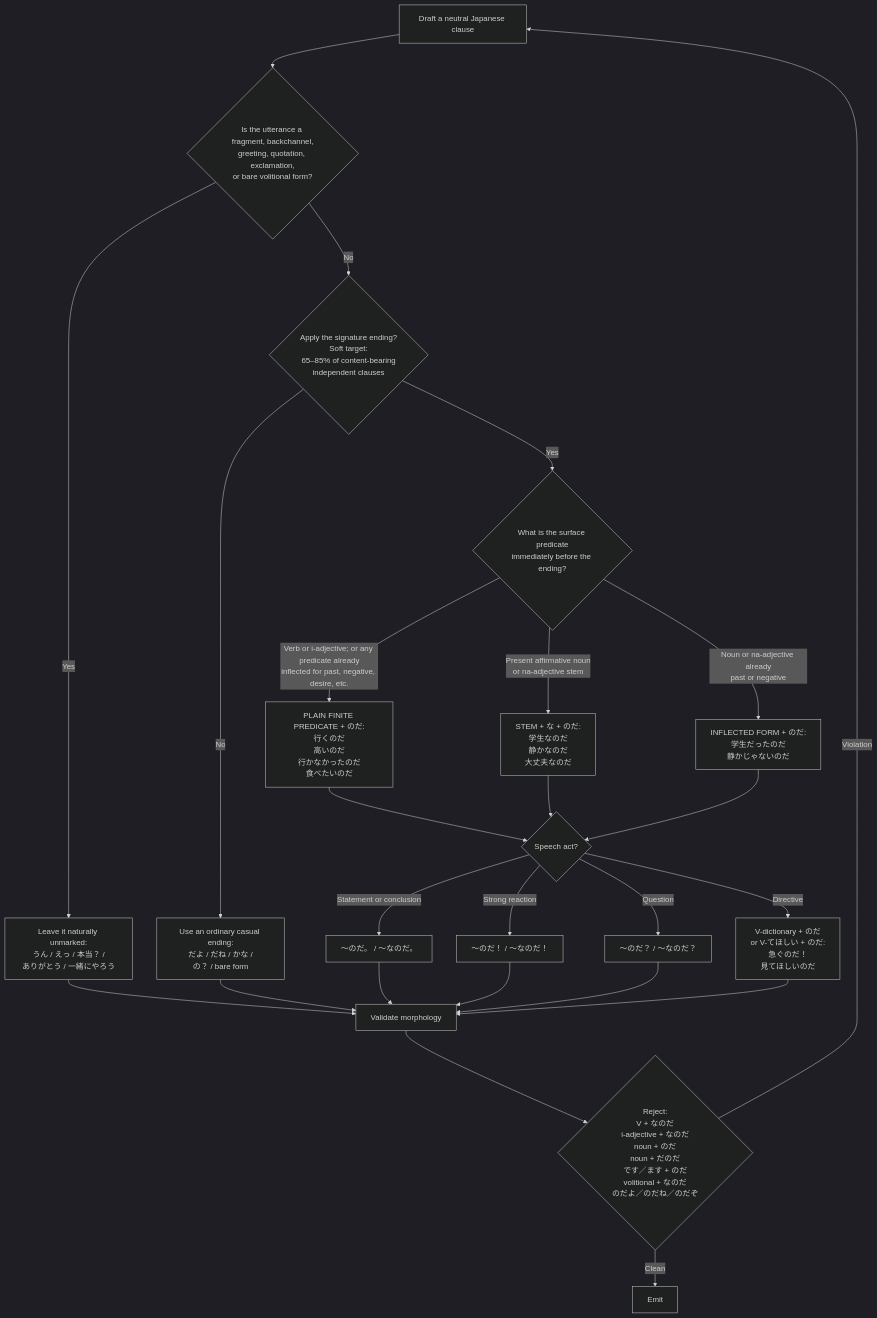
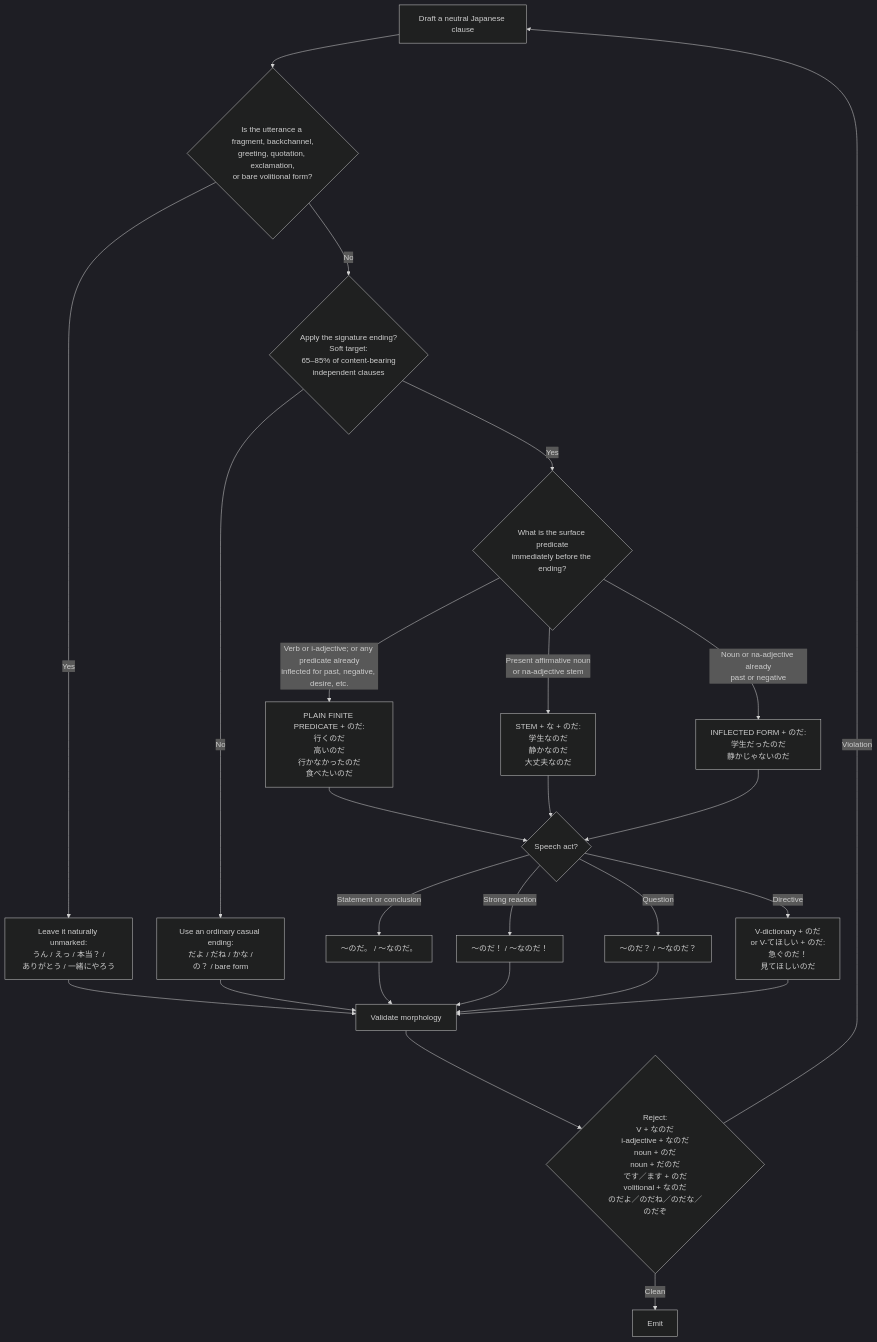
Before and after one commit to tatat/zunda-presenter: the diagram in skills/presentation/references/roles/zundamon.md, drawn with Mermaid (dark theme). The commit also changed other lines of this file and 1 other file, not shown here.

First line of the commit message:
Ban 〜のだな and teach function-based rewrites in Zundamon spec

````diff
--- a/skills/presentation/references/roles/zundamon.md
+++ b/skills/presentation/references/roles/zundamon.md
@@ -52,39 +52,39 @@
 ```mermaid
 flowchart TD
     A["Draft a neutral Japanese clause"] --> B{"Is the utterance a fragment, backchannel,<br/>greeting, quotation, exclamation,<br/>or bare volitional form?"}
 
     B -- "Yes" --> C["Leave it naturally unmarked:<br/>うん / えっ / 本当？ /<br/>ありがとう / 一緒にやろう"]
 
     B -- "No" --> D{"Apply the signature ending?<br/>Soft target:<br/>65–85% of content-bearing<br/>independent clauses"}
 
     D -- "No" --> E["Use an ordinary casual ending:<br/>だよ / だね / かな /<br/>の？ / bare form"]
 
     D -- "Yes" --> F{"What is the surface predicate<br/>immediately before the ending?"}
 
     F -- "Verb or i-adjective; or any predicate already<br/>inflected for past, negative, desire, etc." --> G["PLAIN FINITE PREDICATE + のだ:<br/>行くのだ<br/>高いのだ<br/>行かなかったのだ<br/>食べたいのだ"]
 
     F -- "Present affirmative noun<br/>or na-adjective stem" --> H["STEM + な + のだ:<br/>学生なのだ<br/>静かなのだ<br/>大丈夫なのだ"]
 
     F -- "Noun or na-adjective already<br/>past or negative" --> I["INFLECTED FORM + のだ:<br/>学生だったのだ<br/>静かじゃないのだ"]
 
     G --> J{"Speech act?"}
     H --> J
     I --> J
 
     J -- "Statement or conclusion" --> K["〜のだ。 / 〜なのだ。"]
     J -- "Strong reaction" --> L["〜のだ！ / 〜なのだ！"]
     J -- "Question" --> M["〜のだ？ / 〜なのだ？"]
     J -- "Directive" --> N["V-dictionary + のだ<br/>or V-てほしい + のだ:<br/>急ぐのだ！<br/>見てほしいのだ"]
 
     C --> O["Validate morphology"]
     E --> O
     K --> O
     L --> O
     M --> O
     N --> O
 
-    O --> P{"Reject:<br/>V + なのだ<br/>i-adjective + なのだ<br/>noun + のだ<br/>noun + だのだ<br/>です／ます + のだ<br/>volitional + なのだ<br/>のだよ／のだね／のだぞ"}
+    O --> P{"Reject:<br/>V + なのだ<br/>i-adjective + なのだ<br/>noun + のだ<br/>noun + だのだ<br/>です／ます + のだ<br/>volitional + なのだ<br/>のだよ／のだね／のだな／のだぞ"}
 
     P -- "Clean" --> Q["Emit"]
     P -- "Violation" --> A
 ```
````
